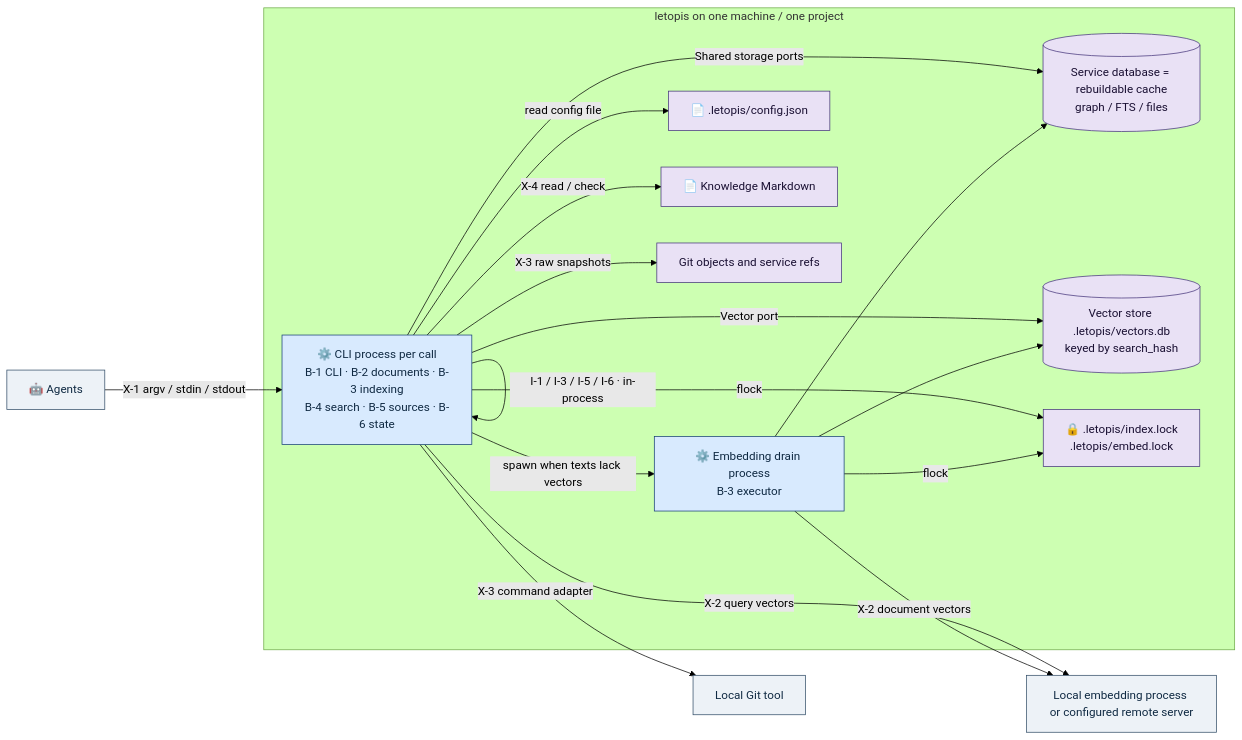
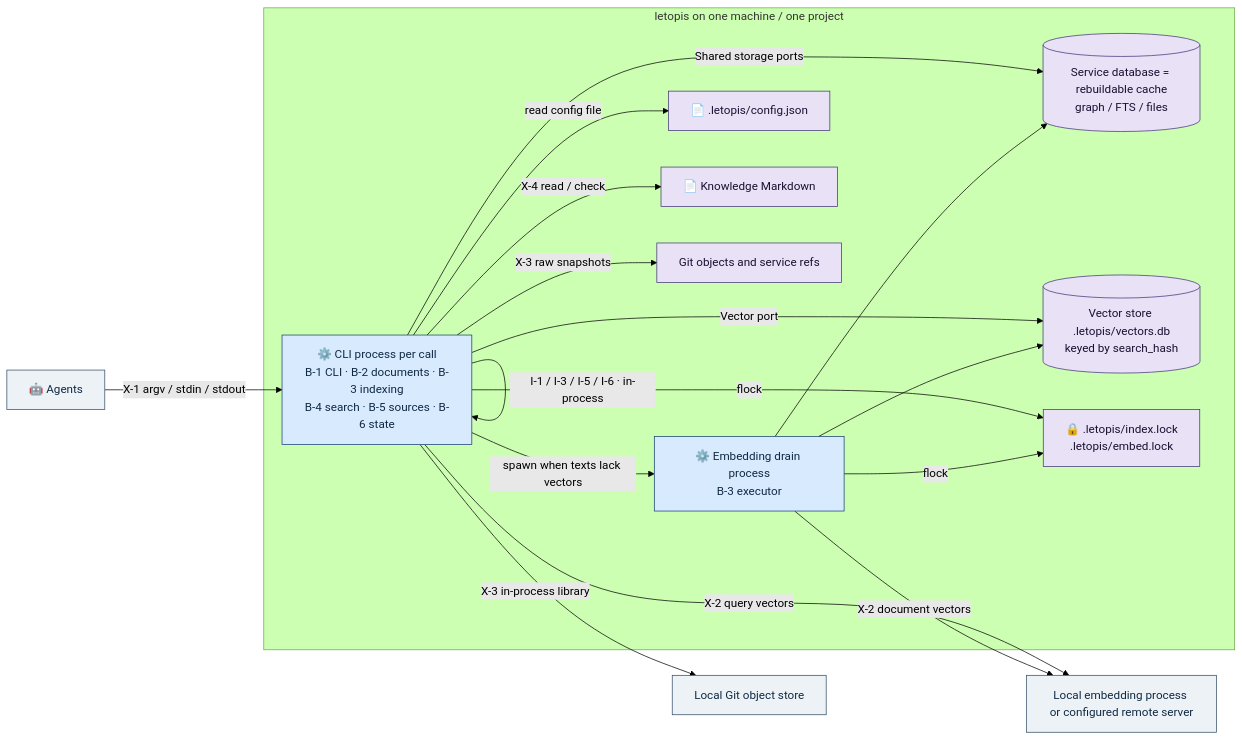
Before and after one commit to zdkadiev/letopis: the second of 3 diagrams in docs/zkit/letopis/architecture.md, drawn with Mermaid (forest theme). The commit also changed other lines of this file and 21 other files, not shown here.

````diff
--- a/docs/zkit/letopis/architecture.md
+++ b/docs/zkit/letopis/architecture.md
@@ -162,29 +168,29 @@
 ```mermaid
 flowchart LR
     Agent["🤖 Agents"] -->|"X-1 argv / stdin / stdout"| CLI
     subgraph Letopis["letopis on one machine / one project"]
         CLI["⚙️ CLI process per call<br/>B-1 CLI · B-2 documents · B-3 indexing<br/>B-4 search · B-5 sources · B-6 state"]
         Drain["⚙️ Embedding drain process<br/>B-3 executor"]
         CLI -->|"I-1 / I-3 / I-5 / I-6 · in-process"| CLI
         CLI -->|"spawn when texts lack vectors"| Drain
         %% Internal I-2, I-4, I-7, I-8, I-9, I-10, I-11 and I-12 are in-process calls; see Level 3.
         CLI -->|"Shared storage ports"| DB[("Service database = rebuildable cache<br/>graph / FTS / files")]
         CLI -->|"Vector port"| Vectors[("Vector store .letopis/vectors.db<br/>keyed by search_hash")]
         Drain --> DB
         Drain --> Vectors
         CLI -->|"flock"| Locks["🔒 .letopis/index.lock<br/>.letopis/embed.lock"]
         Drain -->|"flock"| Locks
         CLI -->|"read config file"| Files["📄 .letopis/config.json"]
         CLI -->|"X-4 read / check"| Markdown["📄 Knowledge Markdown"]
         CLI -->|"X-3 raw snapshots"| Objects["Git objects and service refs"]
     end
-    CLI -->|"X-3 command adapter"| Git["Local Git tool"]
+    CLI -->|"X-3 in-process library"| Git["Local Git object store"]
     CLI -->|"X-2 query vectors"| Provider["Local embedding process or configured remote server"]
     Drain -->|"X-2 document vectors"| Provider
     classDef primary fill:#d8eafe,stroke:#153e75,color:#102a43
     classDef storage fill:#e9e1f5,stroke:#44337a,color:#1a1033
     classDef external fill:#edf2f7,stroke:#334e68,color:#102a43
     class CLI,Drain primary
     class DB,Vectors,Locks,Files,Markdown,Objects storage
     class Agent,Git,Provider external
 ```
````
